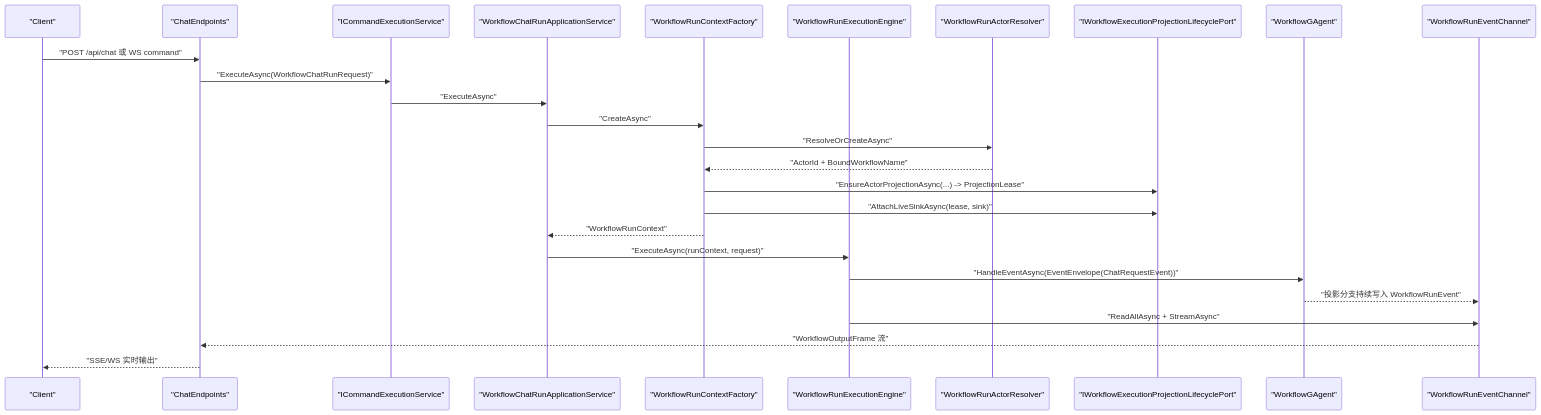
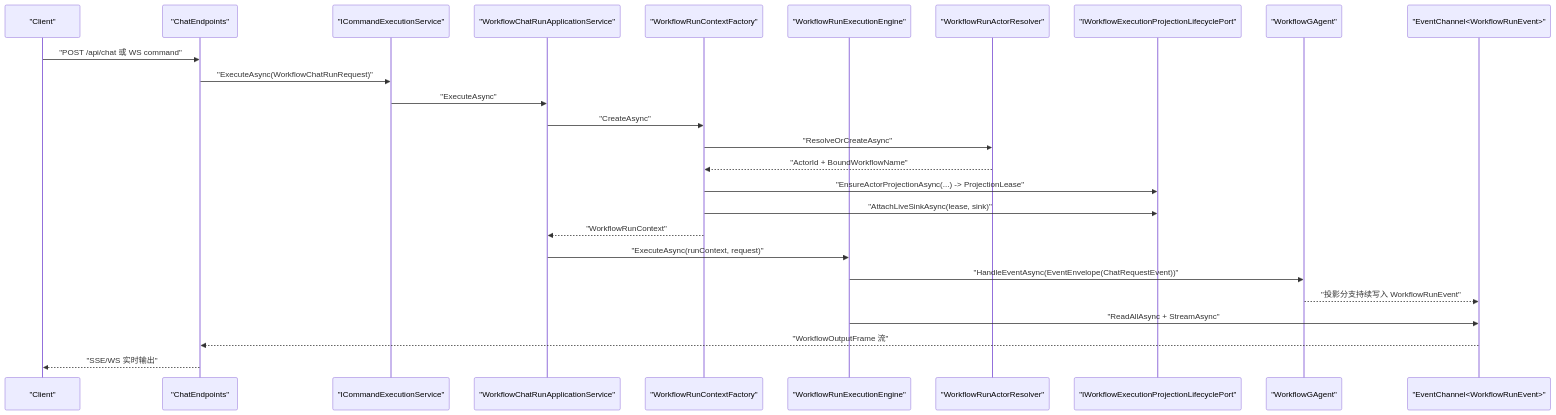
Before and after one commit to aevatarAI/aevatar: the second of 5 diagrams in src/workflow/README.md, drawn with Mermaid. The commit also changed other lines of this file and 86 other files, not shown here.

First line of the commit message:
Refactor Aevatar.CQRS architecture to enhance event sink management and projection lifecycle

````diff
--- a/src/workflow/README.md
+++ b/src/workflow/README.md
@@ -67,30 +67,30 @@
 ```mermaid
 %%{init: {"maxTextSize": 100000, "flowchart": {"useMaxWidth": false, "nodeSpacing": 10, "rankSpacing": 50}, "themeVariables": {"fontSize": "10px"}}}%%
 sequenceDiagram
   participant Client as "Client"
   participant Api as "ChatEndpoints"
   participant CmdSvc as "ICommandExecutionService"
   participant AppSvc as "WorkflowChatRunApplicationService"
   participant CtxFactory as "WorkflowRunContextFactory"
   participant Engine as "WorkflowRunExecutionEngine"
   participant Resolver as "WorkflowRunActorResolver"
   participant Port as "IWorkflowExecutionProjectionLifecyclePort"
   participant WFAgent as "WorkflowGAgent"
-  participant Sink as "WorkflowRunEventChannel"
+  participant Sink as "EventChannel<WorkflowRunEvent>"
 
   Client->>Api: "POST /api/chat 或 WS command"
   Api->>CmdSvc: "ExecuteAsync(WorkflowChatRunRequest)"
   CmdSvc->>AppSvc: "ExecuteAsync"
   AppSvc->>CtxFactory: "CreateAsync"
   CtxFactory->>Resolver: "ResolveOrCreateAsync"
   Resolver-->>CtxFactory: "ActorId + BoundWorkflowName"
   CtxFactory->>Port: "EnsureActorProjectionAsync(...) -> ProjectionLease"
   CtxFactory->>Port: "AttachLiveSinkAsync(lease, sink)"
   CtxFactory-->>AppSvc: "WorkflowRunContext"
   AppSvc->>Engine: "ExecuteAsync(runContext, request)"
   Engine->>WFAgent: "HandleEventAsync(EventEnvelope(ChatRequestEvent))"
   WFAgent-->>Sink: "投影分支持续写入 WorkflowRunEvent"
   Engine->>Sink: "ReadAllAsync + StreamAsync"
   Sink-->>Api: "WorkflowOutputFrame 流"
   Api-->>Client: "SSE/WS 实时输出"
 ```
````
